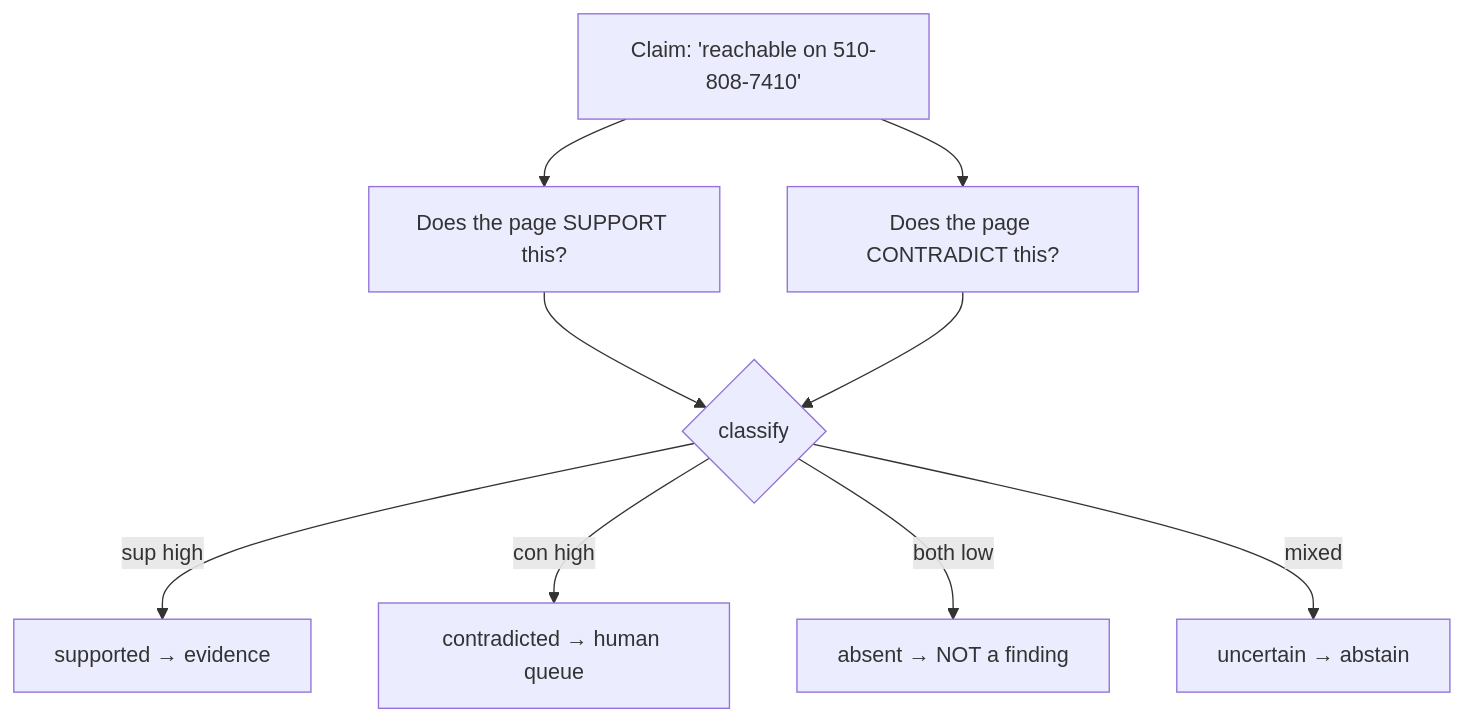
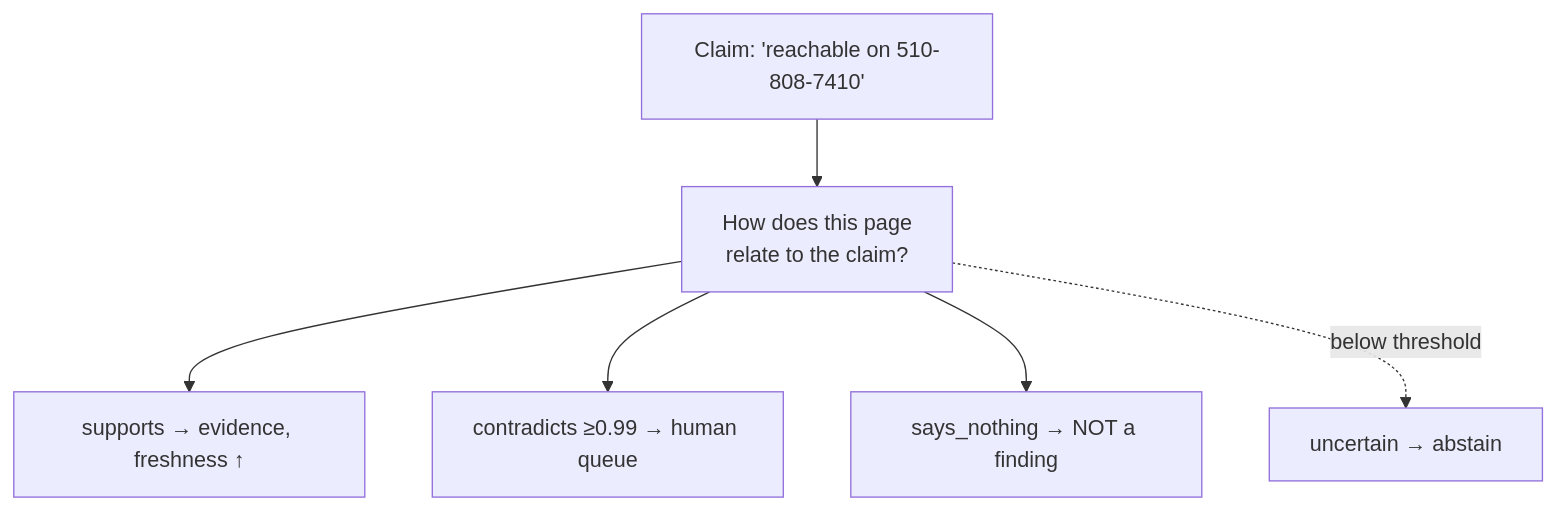
Before and after one commit to FelixIsaac/darcel-watch: the third of 3 diagrams in ARCHITECTURE.md, drawn with Mermaid. The commit also changed other lines of this file and 5 other files, not shown here.

````diff
--- a/ARCHITECTURE.md
+++ b/ARCHITECTURE.md
@@ -148,11 +149,8 @@
 ```mermaid
 flowchart TD
-    C["Claim: 'reachable on 510-808-7410'"] --> S["Does the page SUPPORT this?"]
-    C --> K["Does the page CONTRADICT this?"]
-    S --> R{"classify"}
-    K --> R
-    R -->|"sup high"| SU["supported → evidence"]
-    R -->|"con high"| CO["contradicted → human queue"]
-    R -->|"both low"| AB["absent → NOT a finding"]
-    R -->|"mixed"| UN["uncertain → abstain"]
+    C["Claim: 'reachable on 510-808-7410'"] --> Q["How does this page<br/>relate to the claim?"]
+    Q --> SU["supports → evidence, freshness ↑"]
+    Q --> CO["contradicts ≥0.99 → human queue"]
+    Q --> AB["says_nothing → NOT a finding"]
+    Q -.->|"below threshold"| UN["uncertain → abstain"]
 ```
````
